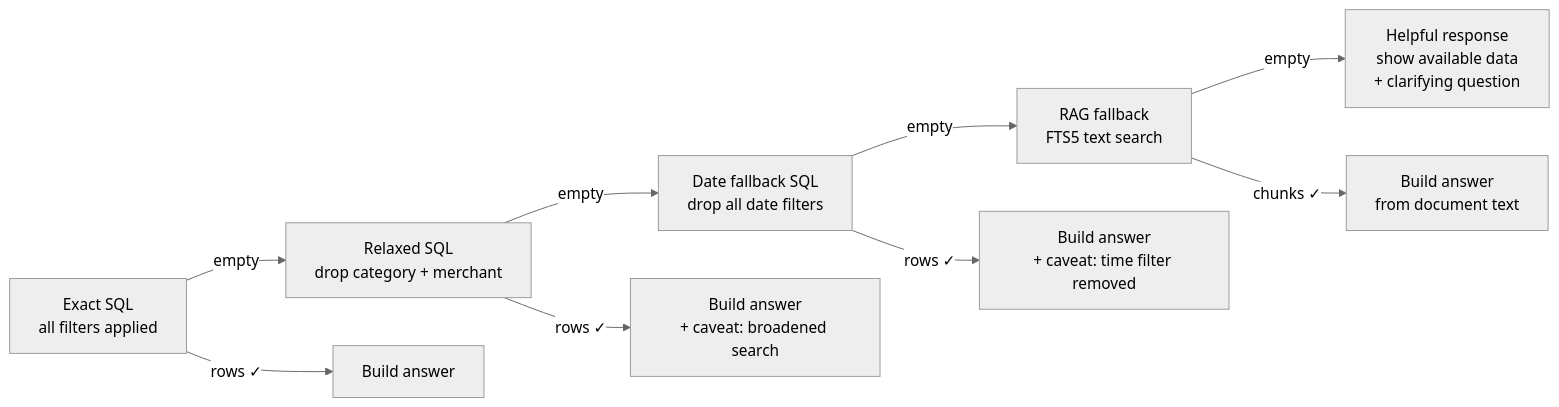
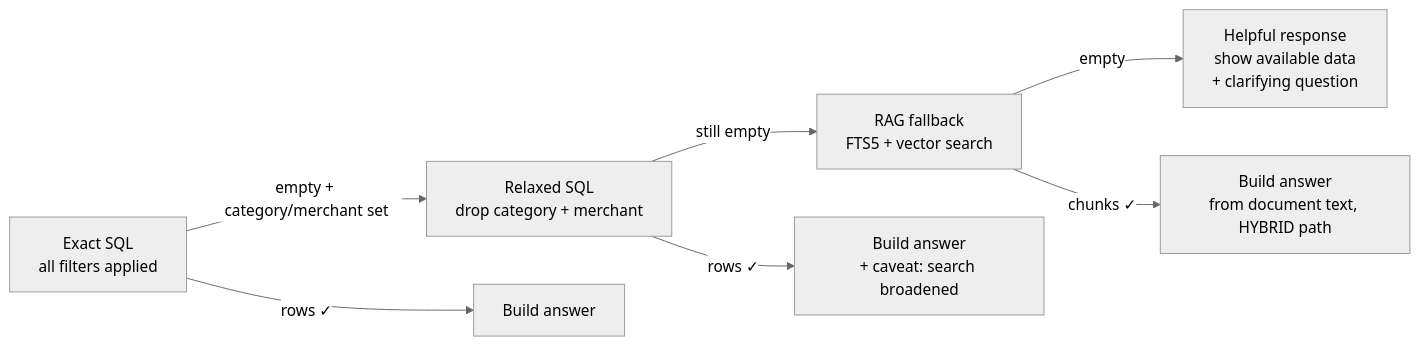
Before and after one commit to knitinjaideep/personalFinanceAssistant: the second of 3 diagrams in finsight_ai/README_ARCHITECTURE.md, drawn with Mermaid (neutral theme). The commit also changed other lines of this file and 7 other files, not shown here.

First line of the commit message:
Add SQL query reference and sync docs with current architecture

````diff
--- a/finsight_ai/README_ARCHITECTURE.md
+++ b/finsight_ai/README_ARCHITECTURE.md
@@ -116,13 +124,11 @@
 ```mermaid
 flowchart LR
-    S1[Exact SQL\nall filters applied] -->|empty| S2
-    S2[Relaxed SQL\ndrop category + merchant] -->|empty| S3
-    S3[Date fallback SQL\ndrop all date filters] -->|empty| S4
-    S4[RAG fallback\nFTS5 text search] -->|empty| S5
-    S5[Helpful response\nshow available data\n+ clarifying question]
+    S1[Exact SQL\nall filters applied] -->|empty + category/merchant set| S2
+    S2[Relaxed SQL\ndrop category + merchant] -->|still empty| S3
+    S3[RAG fallback\nFTS5 + vector search] -->|empty| S4
+    S4[Helpful response\nshow available data\n+ clarifying question]
 
     S1 -->|rows ✓| A1[Build answer]
-    S2 -->|rows ✓| A2[Build answer\n+ caveat: broadened search]
-    S3 -->|rows ✓| A3[Build answer\n+ caveat: time filter removed]
-    S4 -->|chunks ✓| A4[Build answer\nfrom document text]
+    S2 -->|rows ✓| A2[Build answer\n+ caveat: search broadened]
+    S3 -->|chunks ✓| A3[Build answer\nfrom document text, HYBRID path]
 ```
````
